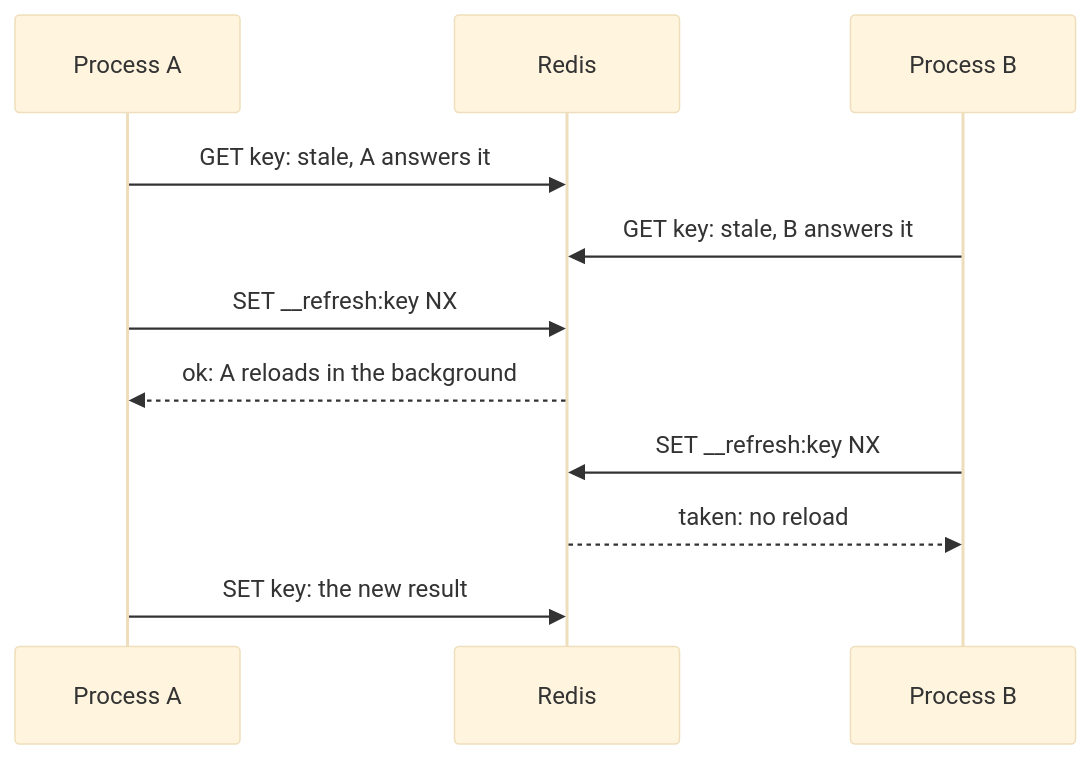
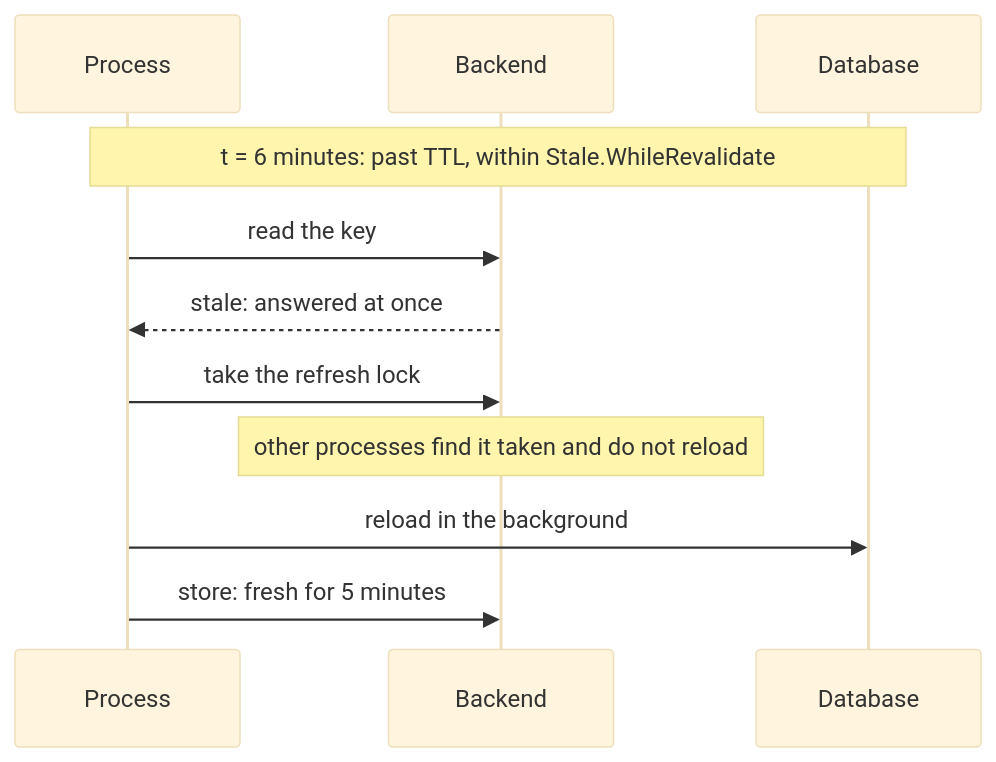
Before and after one commit to eugeneliukindev/gashe: the diagram in docs/en/concepts/stale.md, drawn with Mermaid (base theme). The commit also changed other lines of this file and 195 other files, not shown here.

````diff
--- a/docs/en/concepts/stale.md
+++ b/docs/en/concepts/stale.md
@@ -16,13 +127,13 @@
 ```mermaid
 sequenceDiagram
-    participant A as Process A
-    participant R as Redis
-    participant B as Process B
-    A->>R: GET key: stale, A answers it
-    B->>R: GET key: stale, B answers it
-    A->>R: SET __refresh:key NX
-    R-->>A: ok: A reloads in the background
-    B->>R: SET __refresh:key NX
-    R-->>B: taken: no reload
-    A->>R: SET key: the new result
+    participant P as Process
+    participant K as Backend
+    participant DB as Database
+    Note over P,DB: t = 6 minutes: past TTL, within Stale.WhileRevalidate
+    P->>K: read the key
+    K-->>P: stale: answered at once
+    P->>K: take the refresh lock
+    Note over K: other processes find it taken and do not reload
+    P->>DB: reload in the background
+    P->>K: store: fresh for 5 minutes
 ```
````
